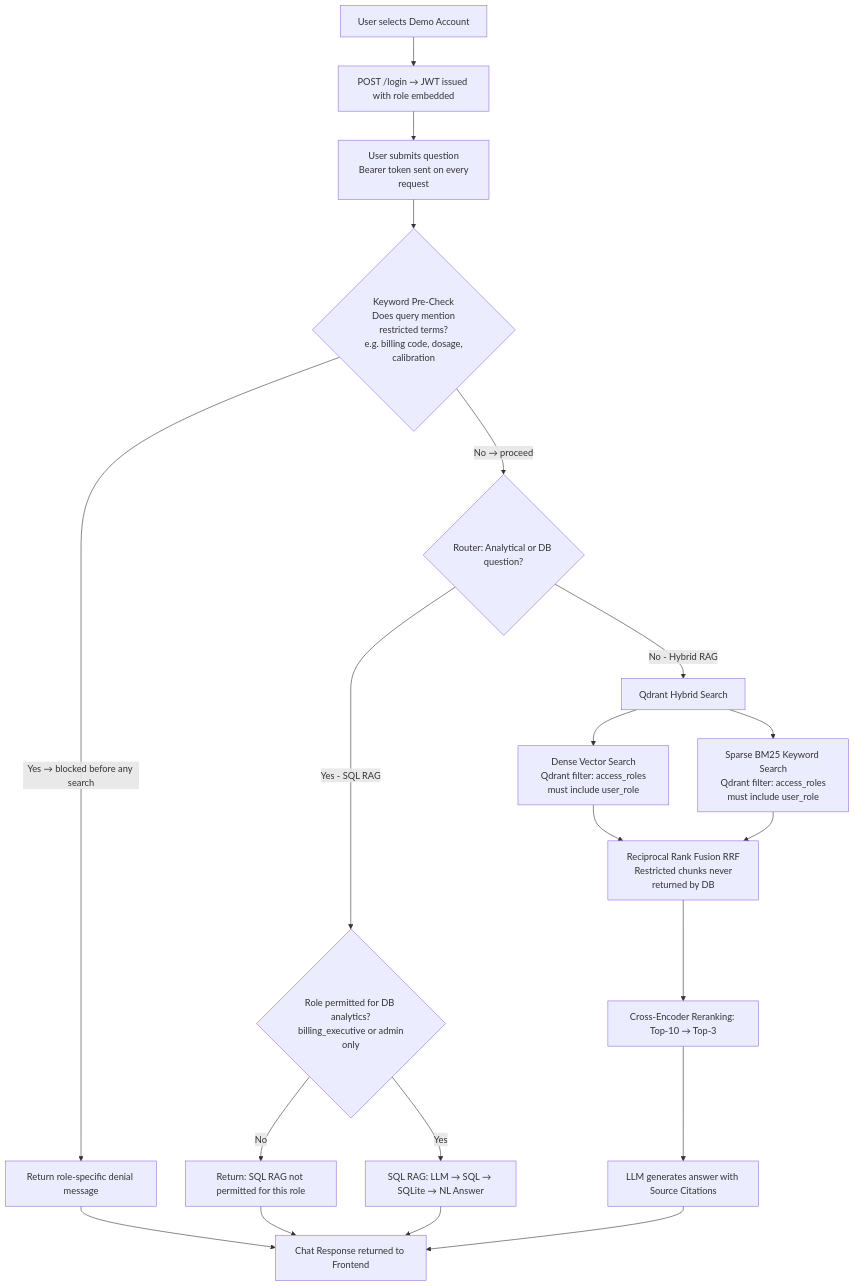
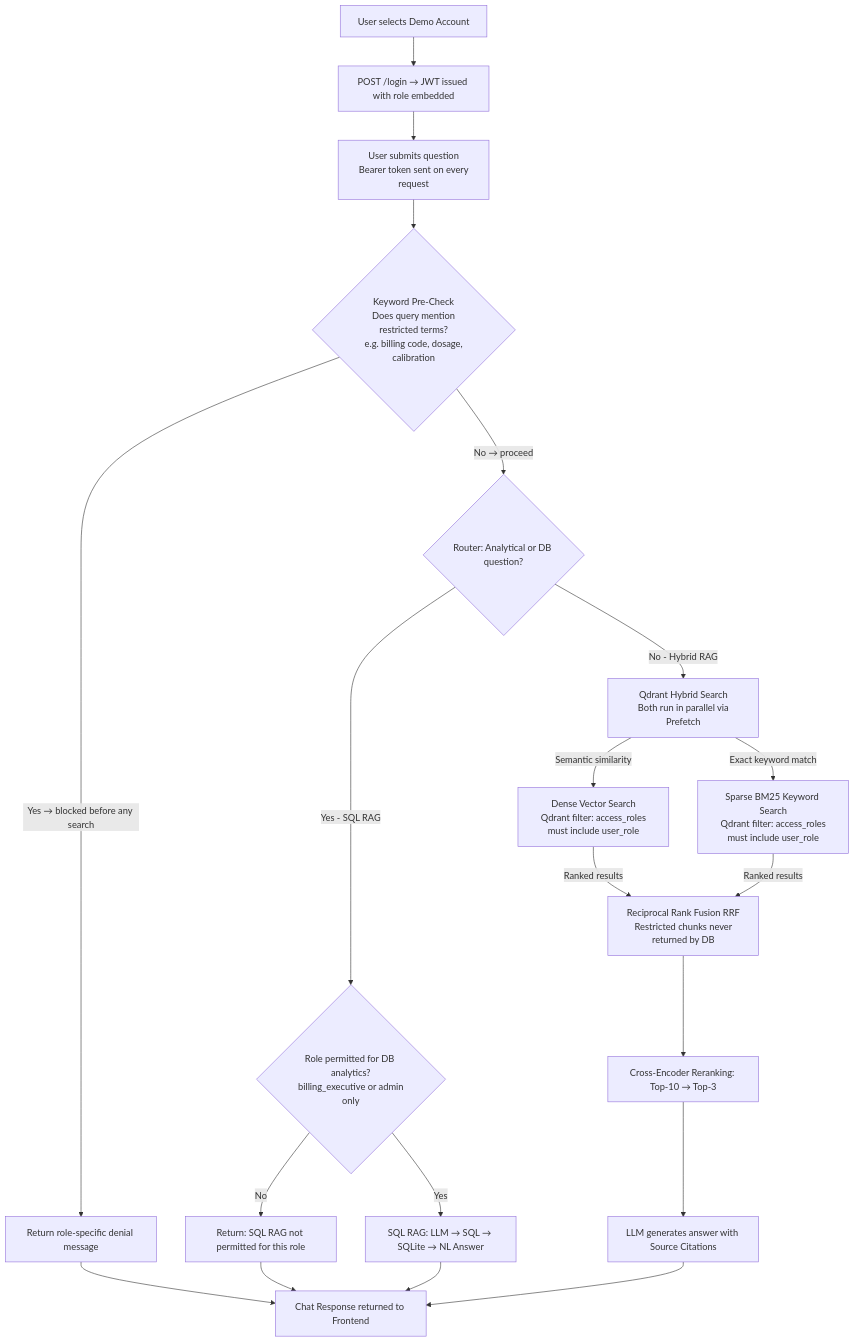
One commit to sunnydubey1111/medibot changed the diagram in README.md. Above: the diagram before and after it, drawn with Mermaid.

Commit message:
docs: add flow labels to hybrid search parallel branches in diagram

````diff
--- a/README.md
+++ b/README.md
@@ -34,23 +34,24 @@
 ```mermaid
 graph TD
     A[User selects Demo Account] --> B[POST /login → JWT issued with role embedded]
     B --> C[User submits question\n Bearer token sent on every request]
 
     C --> D{Keyword Pre-Check\n Does query mention restricted terms?\n e.g. billing code, dosage, calibration}
     D -- "Yes → blocked before any search" --> E[Return role-specific denial message]
     D -- "No → proceed" --> F
 
     F{Router: Analytical or DB question?}
     F -- "Yes - SQL RAG" --> G{Role permitted for DB analytics?\n billing_executive or admin only}
     G -- "No" --> H[Return: SQL RAG not permitted for this role]
     G -- "Yes" --> I[SQL RAG: LLM → SQL → SQLite → NL Answer]
 
-    F -- "No - Hybrid RAG" --> J[Qdrant Hybrid Search]
-    J --> K[Dense Vector Search\n Qdrant filter: access_roles must include user_role]
-    J --> L[Sparse BM25 Keyword Search\n Qdrant filter: access_roles must include user_role]
-    K & L --> M[Reciprocal Rank Fusion RRF\n Restricted chunks never returned by DB]
+    F -- "No - Hybrid RAG" --> J[Qdrant Hybrid Search\n Both run in parallel via Prefetch]
+    J -- "Semantic similarity" --> K[Dense Vector Search\n Qdrant filter: access_roles must include user_role]
+    J -- "Exact keyword match" --> L[Sparse BM25 Keyword Search\n Qdrant filter: access_roles must include user_role]
+    K -- "Ranked results" --> M[Reciprocal Rank Fusion RRF\n Restricted chunks never returned by DB]
+    L -- "Ranked results" --> M
     M --> N[Cross-Encoder Reranking: Top-10 → Top-3]
     N --> O[LLM generates answer with Source Citations]
 
     I & O & E & H --> P[Chat Response returned to Frontend]
 ```
````
